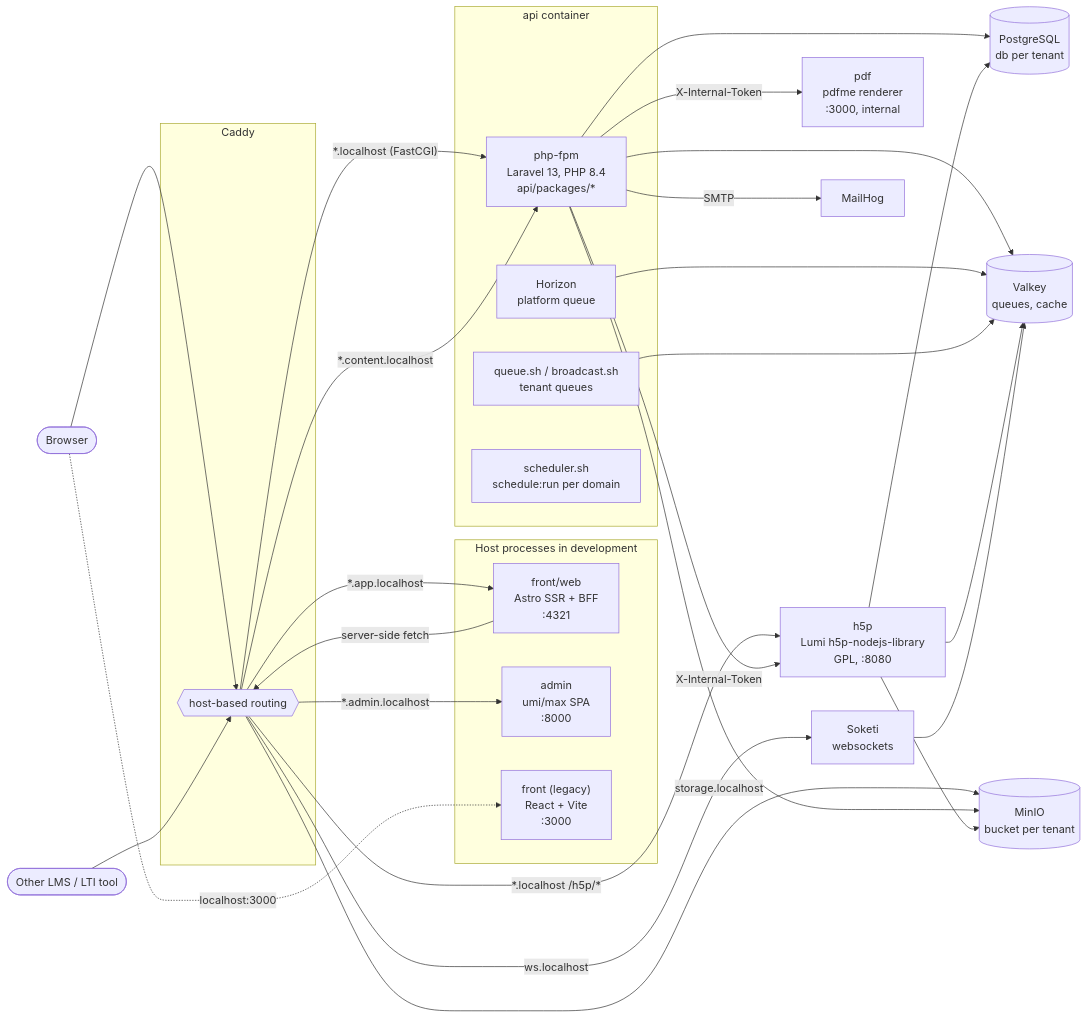
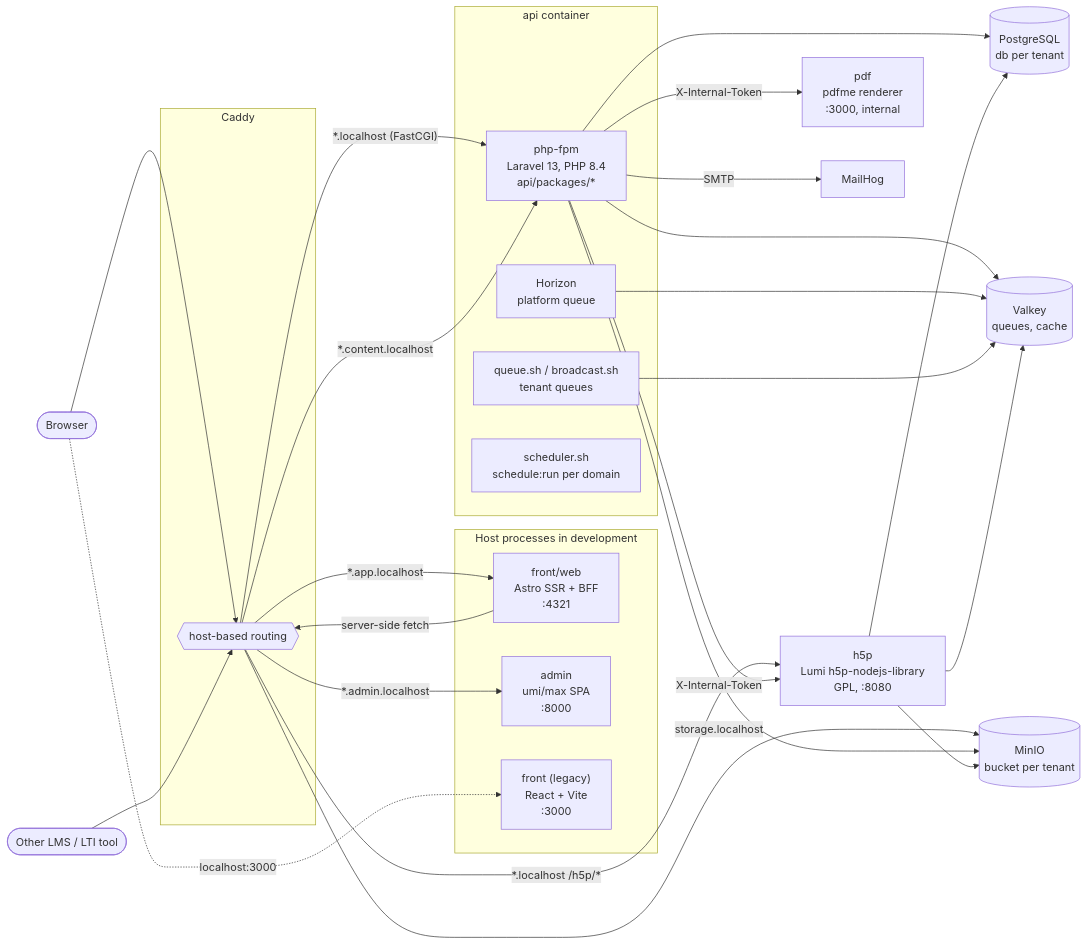
Before and after one commit to ulams-dev/ulams: the first of 2 diagrams in front/docs-site/src/content/docs/developers/architecture.mdx, drawn with Mermaid. The commit also changed other lines of this file and 35 other files, not shown here.

````diff
--- a/front/docs-site/src/content/docs/developers/architecture.mdx
+++ b/front/docs-site/src/content/docs/developers/architecture.mdx
@@ -28,54 +28,51 @@
 ```mermaid
 flowchart LR
   browser([Browser])
   lms([Other LMS / LTI tool])
 
   subgraph edge[Caddy]
     caddy{{"host-based routing"}}
   end
 
   subgraph hostapps[Host processes in development]
     web["front/web<br/>Astro SSR + BFF<br/>:4321"]
     admin["admin<br/>umi/max SPA<br/>:8000"]
     legacy["front (legacy)<br/>React + Vite<br/>:3000"]
   end
 
   subgraph apictr[api container]
     fpm["php-fpm<br/>Laravel 13, PHP 8.4<br/>api/packages/*"]
     horizon["Horizon<br/>platform queue"]
     workers["queue.sh / broadcast.sh<br/>tenant queues"]
     sched["scheduler.sh<br/>schedule:run per domain"]
   end
 
   h5p["h5p<br/>Lumi h5p-nodejs-library<br/>GPL, :8080"]
   pdf["pdf<br/>pdfme renderer<br/>:3000, internal"]
   pg[(PostgreSQL<br/>db per tenant)]
   valkey[(Valkey<br/>queues, cache)]
   minio[(MinIO<br/>bucket per tenant)]
-  soketi["Soketi<br/>websockets"]
   mailhog["MailHog"]
 
   browser --> caddy
   lms --> caddy
   caddy -- "*.app.localhost" --> web
   caddy -- "*.admin.localhost" --> admin
   caddy -- "*.localhost /h5p/*" --> h5p
   caddy -- "*.localhost (FastCGI)" --> fpm
   caddy -- "*.content.localhost" --> fpm
   caddy -- "storage.localhost" --> minio
-  caddy -- "ws.localhost" --> soketi
   browser -. "localhost:3000" .-> legacy
   web -- "server-side fetch" --> caddy
   fpm --> pg
   fpm --> valkey
   fpm --> minio
   fpm -- "X-Internal-Token" --> h5p
   fpm -- "X-Internal-Token" --> pdf
   fpm -- SMTP --> mailhog
   horizon --> valkey
   workers --> valkey
   h5p --> pg
   h5p --> valkey
   h5p --> minio
-  soketi --> valkey
 ```
````
